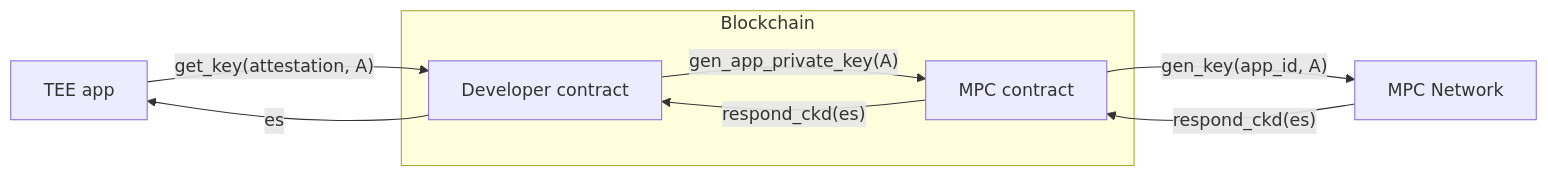
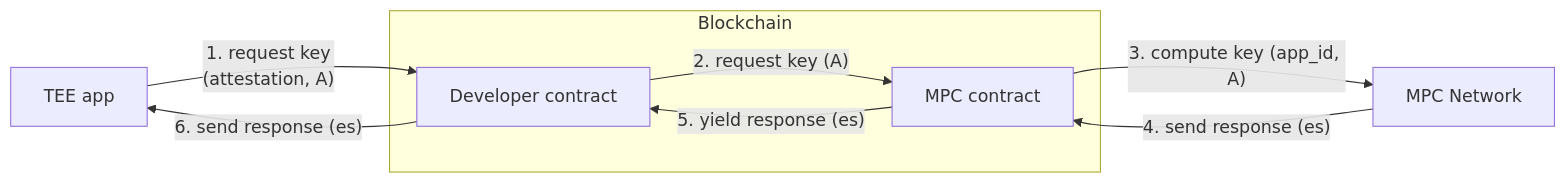
The diagram in docs/confidential_key_derivation.md (near/threshold-signatures), drawn with Mermaid before and after one commit. The commit also changed other lines of this file, not shown here.

Commit message:
address comments

````diff
--- a/docs/confidential_key_derivation.md
+++ b/docs/confidential_key_derivation.md
@@ -39,10 +39,11 @@
 ```mermaid
 flowchart LR
-    TEEapp[TEE app] -->|"`get_key(attestation, A)`"| DevC[Developer contract]
+    TEEapp[TEE app] -->|"`1\. request key
+     (attestation, A)`"| DevC[Developer contract]
     subgraph Blockchain
-    DevC -->|"`gen\_app\_private\_key(A)`"| MPCC[MPC contract]
+    DevC -->|"`2\. request key (A)`"| MPCC[MPC contract]
     end
-    MPCC -->|"`gen\_key(app_id, A)`"| MPCN[MPC Network]
-    MPCN -->|"`respond_ckd(es)`"| MPCC -->|"`respond_ckd(es)`"| DevC -->|"`es`"| TEEapp
+    MPCC -->|"`3\. compute key (app_id, A)`"| MPCN[MPC Network]
+    MPCN -->|"`4\. send response (es)`"| MPCC -->|"`5\. yield response (es)`"| DevC -->|"`6\. send response (es)`"| TEEapp
 
 ```
````
